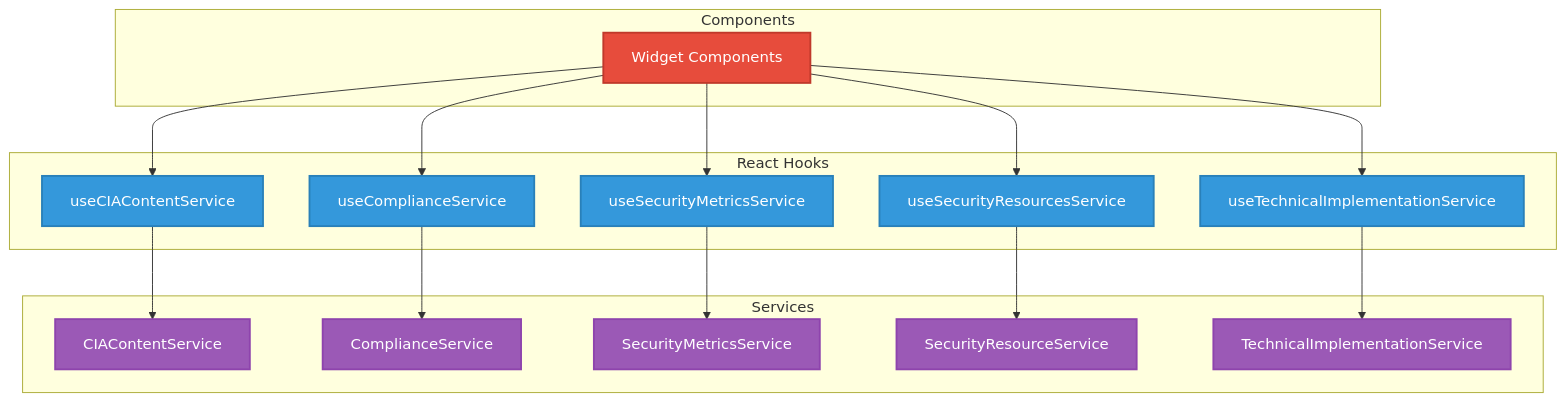
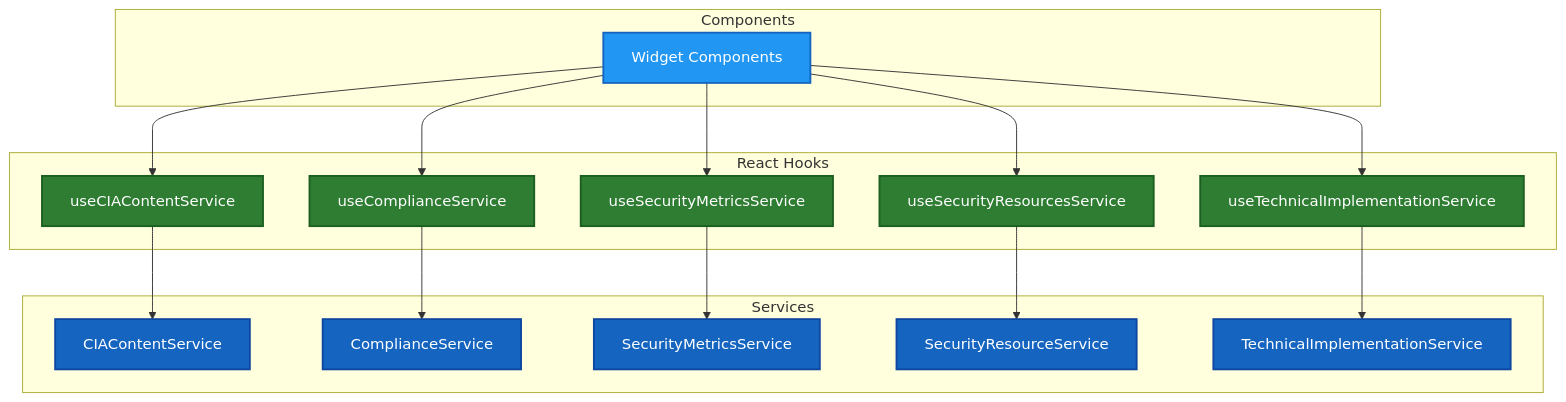
Before and after one commit to Hack23/cia-compliance-manager: the sixth of 8 diagrams in docs/architecture/SYSTEM_ARCHITECTURE.md, drawn with Mermaid. The commit also changed other lines of this file and 18 other files, not shown here.

First line of the commit message:
style: update all classDef colors to ISMS style guide palette and fix quadrant charts

````diff
--- a/docs/architecture/SYSTEM_ARCHITECTURE.md
+++ b/docs/architecture/SYSTEM_ARCHITECTURE.md
@@ -321,37 +321,37 @@
 ```mermaid
 flowchart TD
     subgraph "React Hooks"
         useCIA[useCIAContentService]
         useComp[useComplianceService]
         useSecMetrics[useSecurityMetricsService]
         useSecRes[useSecurityResourcesService]
         useTech[useTechnicalImplementationService]
     end
     
     subgraph "Services"
         CIA[CIAContentService]
         Comp[ComplianceService]
         SecMetrics[SecurityMetricsService]
         SecRes[SecurityResourceService]
         Tech[TechnicalImplementationService]
     end
     
     subgraph "Components"
         Widgets[Widget Components]
     end
     
     Widgets --> useCIA & useComp & useSecMetrics & useSecRes & useTech
     useCIA --> CIA
     useComp --> Comp
     useSecMetrics --> SecMetrics
     useSecRes --> SecRes
     useTech --> Tech
     
-    classDef hook fill:#3498db,stroke:#2980b9,stroke-width:2px,color:white
-    classDef service fill:#9b59b6,stroke:#8e44ad,stroke-width:2px,color:white
-    classDef component fill:#e74c3c,stroke:#c0392b,stroke-width:2px,color:white
+    classDef hook fill:#2E7D32,stroke:#1B5E20,stroke-width:2px,color:#ffffff
+    classDef service fill:#1565C0,stroke:#0D47A1,stroke-width:2px,color:#ffffff
+    classDef component fill:#2196F3,stroke:#1565C0,stroke-width:2px,color:#ffffff
     
     class useCIA,useComp,useSecMetrics,useSecRes,useTech hook
     class CIA,Comp,SecMetrics,SecRes,Tech service
     class Widgets component
 ```
````
